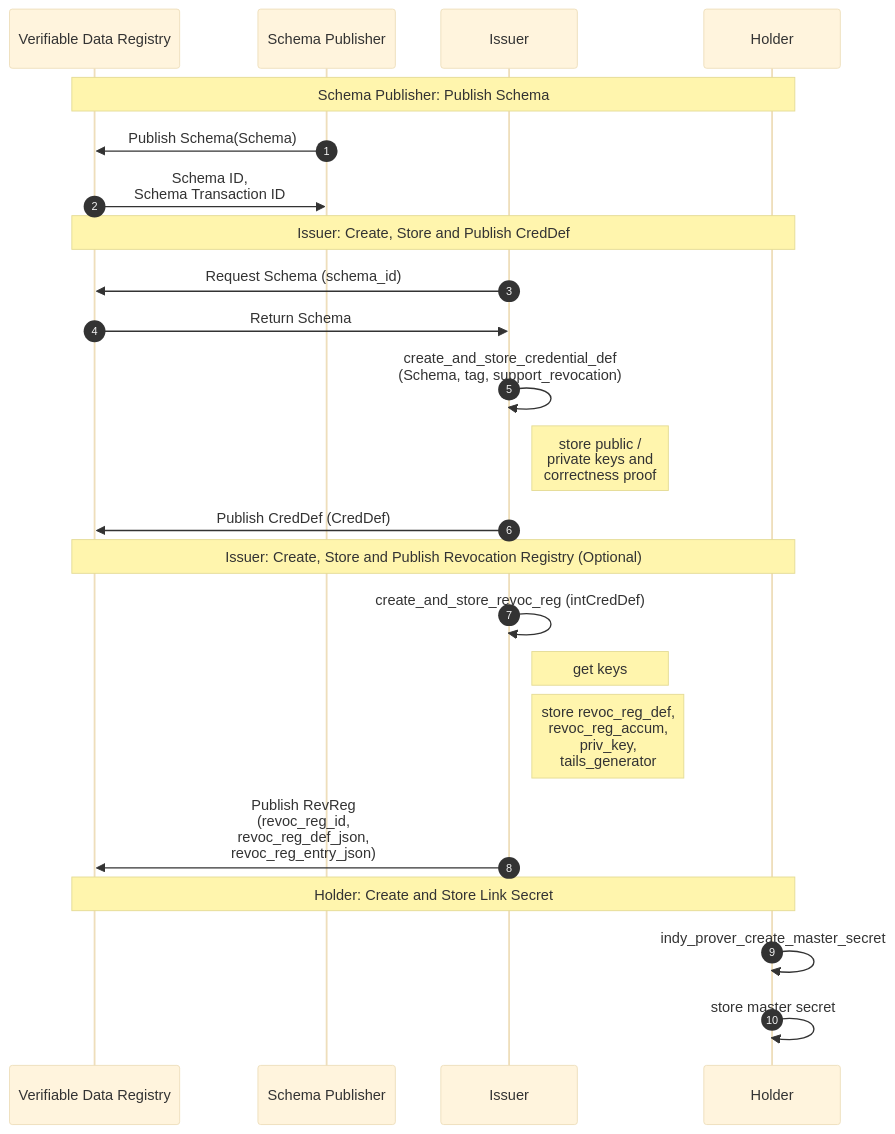
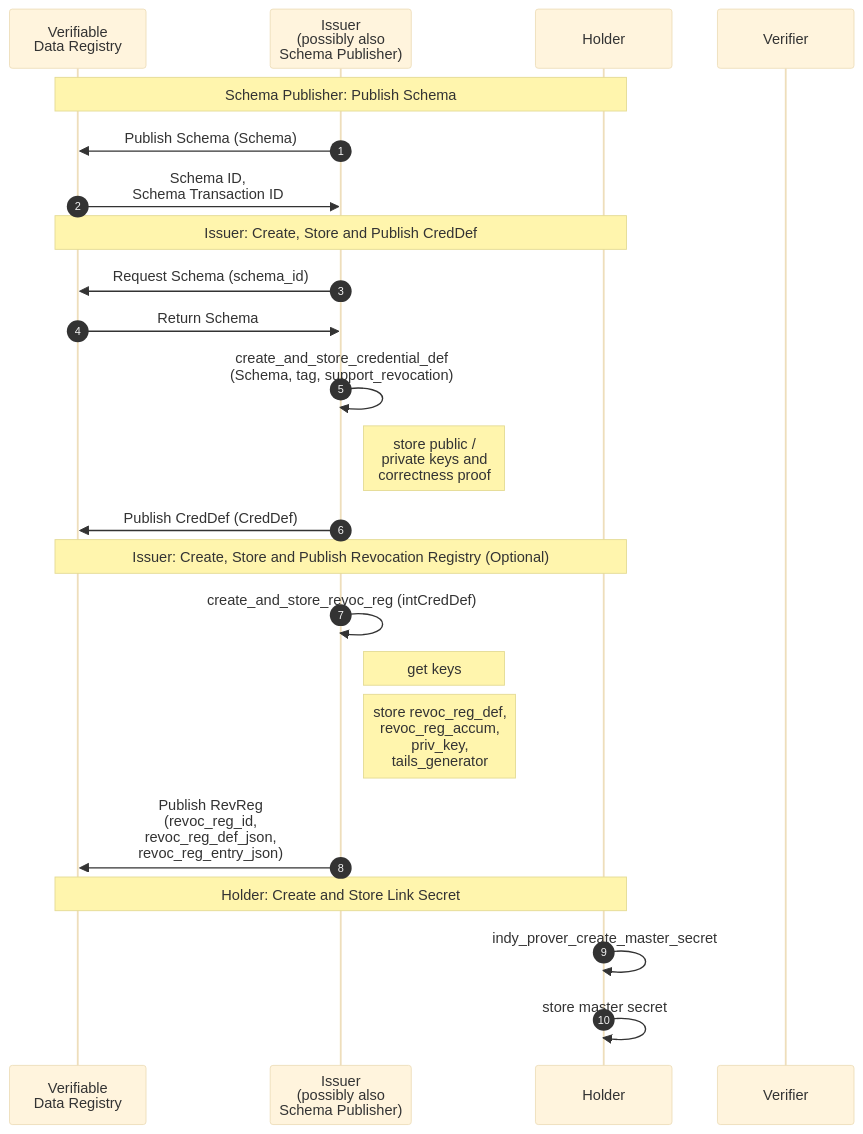
One commit to hyperledger/anoncreds-spec changed the second of 2 diagrams in spec/data_flow_setup.md. Above: the diagram before and after it, drawn with Mermaid (base theme). The commit also changed other lines of this file and 3 other files, not shown here.

Commit message:
Added overview diagram of AnonCreds Data Flows. Renamed data flow subsection according to naming convention.

````diff
--- a/spec/data_flow_setup.md
+++ b/spec/data_flow_setup.md
@@ -17,33 +34,33 @@
 ```mermaid
 sequenceDiagram
     autonumber
-    participant L as Verifiable Data Registry
-    participant SC as Schema Publisher
-    participant I as Issuer
-    participant H as Holder    
+    participant L as Verifiable<br>Data Registry
+    participant I as Issuer<br>(possibly also<br>Schema Publisher)
+    participant H as Holder   
+    participant V as Verifier 
     
     Note over L, H: Schema Publisher: Publish Schema
     
-    SC ->> L: Publish Schema(Schema)
-    L ->> SC: Schema ID,<br>Schema Transaction ID
+    I ->> L: Publish Schema (Schema)
+    L ->> I: Schema ID,<br>Schema Transaction ID
         
     Note over L, H: Issuer: Create, Store and Publish CredDef
    
     I ->> L: Request Schema (schema_id)
     L ->> I: Return Schema
     I ->> I: create_and_store_credential_def<br>(Schema, tag, support_revocation)
     Note right of I:   store public / <br> private keys and<br>correctness proof    
     I ->> L: Publish CredDef (CredDef)
 
     Note over L, H: Issuer: Create, Store and Publish Revocation Registry (Optional)
     
     I ->> I: create_and_store_revoc_reg (intCredDef)
     Note right of I: get keys
     Note right of I: store revoc_reg_def,<br>revoc_reg_accum,<br>priv_key,<br>tails_generator
     I ->> L: Publish RevReg <br>(revoc_reg_id,<br>revoc_reg_def_json,<br>revoc_reg_entry_json)
     
     Note over L, H: Holder: Create and Store Link Secret
     
     H ->> H: indy_prover_create_master_secret
     H ->> H: store master secret
 ```
````
